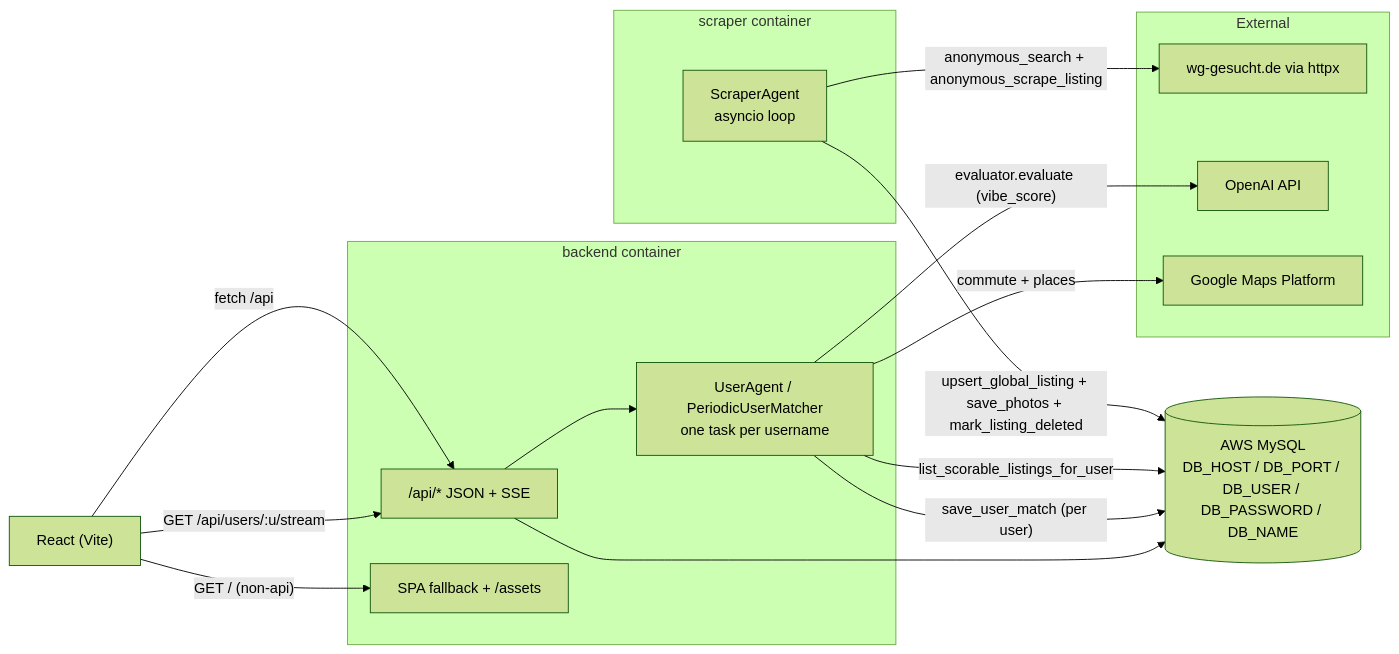
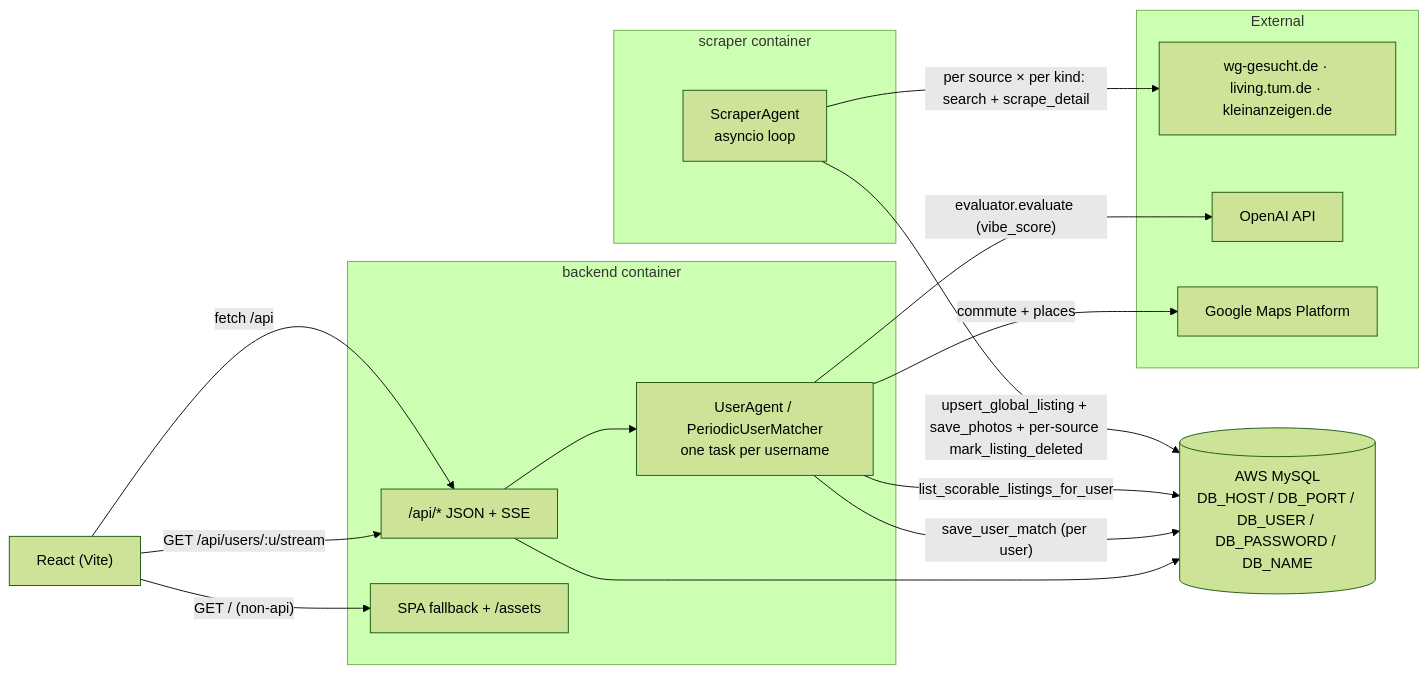
The first of 3 diagrams in docs/ARCHITECTURE.md (v-ya-ch-e/tumai-makeathon-2026), drawn with Mermaid (forest theme) before and after one commit. The commit also changed other lines of this file and 45 other files, not shown here.

````diff
--- a/docs/ARCHITECTURE.md
+++ b/docs/ARCHITECTURE.md
@@ -10,28 +10,28 @@
 ```mermaid
 flowchart LR
   subgraph scraperSvc [scraper container]
     SA["ScraperAgent<br/>asyncio loop"]
   end
   subgraph backendSvc [backend container]
     API["/api/* JSON + SSE"]
     SPA["SPA fallback + /assets"]
     PM["UserAgent / PeriodicUserMatcher<br/>one task per username"]
   end
   subgraph external [External]
-    WG["wg-gesucht.de via httpx"]
+    WG["wg-gesucht.de · living.tum.de · kleinanzeigen.de"]
     OAI["OpenAI API"]
     GM["Google Maps Platform"]
   end
   MySQL[("AWS MySQL<br/>DB_HOST / DB_PORT / DB_USER / DB_PASSWORD / DB_NAME")]
-  SA -->|"anonymous_search + anonymous_scrape_listing"| WG
-  SA -->|"upsert_global_listing + save_photos + mark_listing_deleted"| MySQL
+  SA -->|"per source × per kind: search + scrape_detail"| WG
+  SA -->|"upsert_global_listing + save_photos + per-source mark_listing_deleted"| MySQL
   React["React (Vite)"] -->|"fetch /api"| API
   React -->|"GET /api/users/:u/stream"| API
   API --> PM
   PM -->|"list_scorable_listings_for_user"| MySQL
   PM -->|"save_user_match (per user)"| MySQL
   PM -->|"evaluator.evaluate (vibe_score)"| OAI
   PM -->|"commute + places"| GM
   API --> MySQL
   React -->|"GET / (non-api)"| SPA
 ```
````
